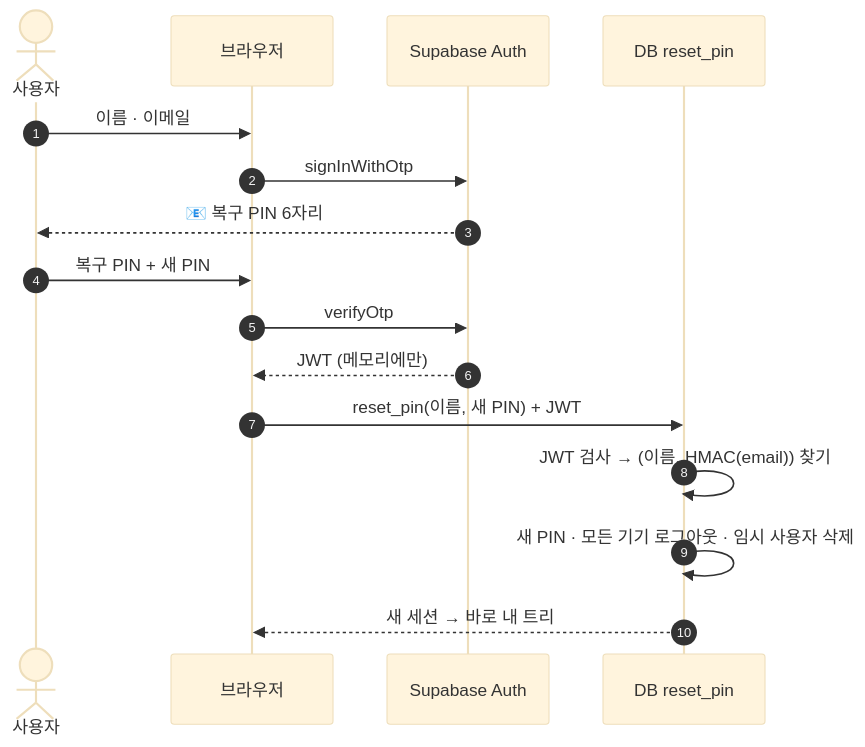
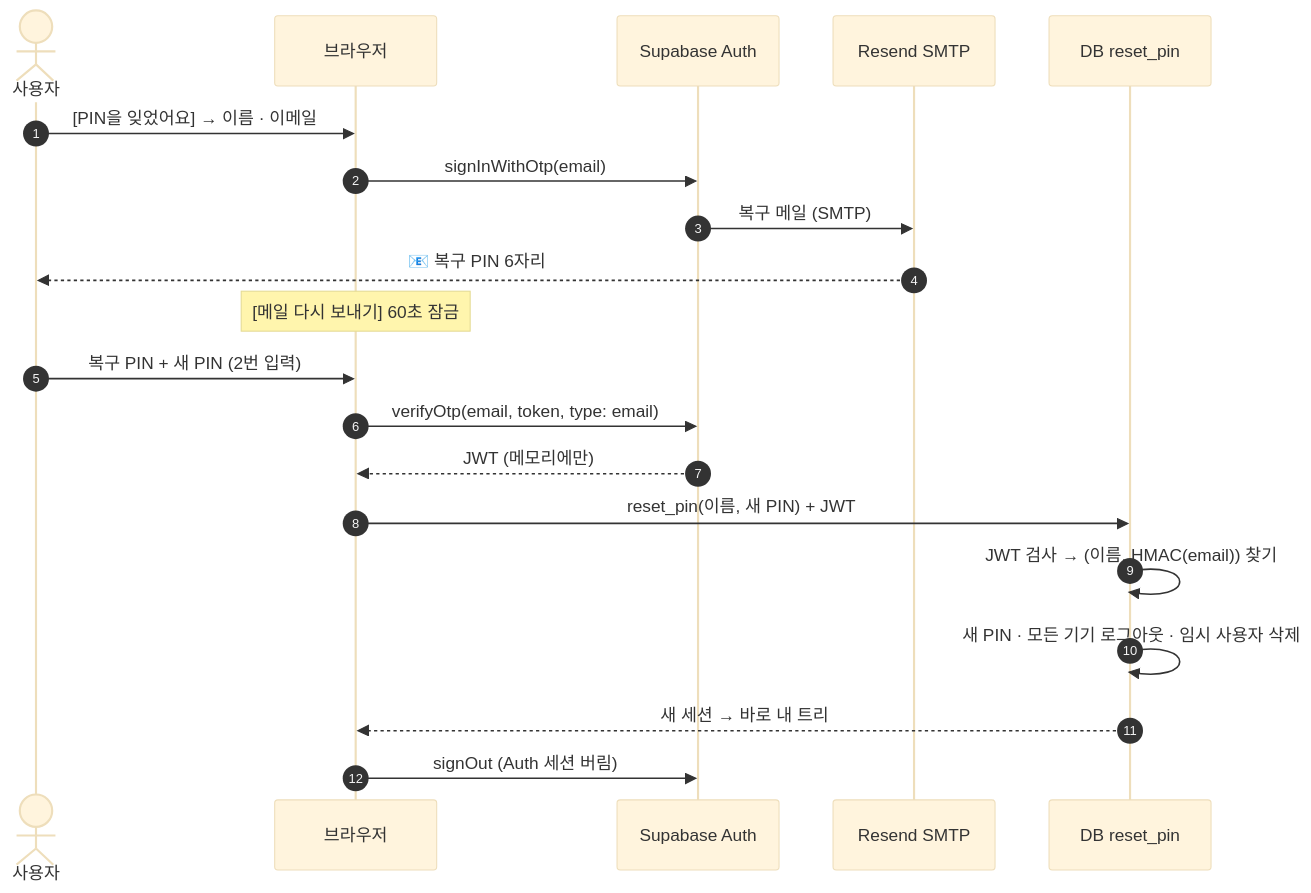
One commit to dae-won-kim/code-christmas-tree changed the third of 4 diagrams in README.md. Above: the diagram before and after it, drawn with Mermaid (base theme). The commit also changed other lines of this file and 6 other files, not shown here.

First line of the commit message:
docs: 자체 도메인(make-xmas-tree.com) · Resend SMTP 기준으로 문서 갱신

````diff
--- a/README.md
+++ b/README.md
@@ -199,18 +215,22 @@
 ```mermaid
 sequenceDiagram
   autonumber
   actor U as 사용자
   participant B as 브라우저
   participant A as Supabase Auth
+  participant R as Resend SMTP
   participant D as DB reset_pin
-  U->>B: 이름 · 이메일
-  B->>A: signInWithOtp
-  A-->>U: 📧 복구 PIN 6자리
-  U->>B: 복구 PIN + 새 PIN
-  B->>A: verifyOtp
+  U->>B: [PIN을 잊었어요] → 이름 · 이메일
+  B->>A: signInWithOtp(email)
+  A->>R: 복구 메일 (SMTP)
+  R-->>U: 📧 복구 PIN 6자리
+  Note over B: [메일 다시 보내기] 60초 잠금
+  U->>B: 복구 PIN + 새 PIN (2번 입력)
+  B->>A: verifyOtp(email, token, type: email)
   A-->>B: JWT (메모리에만)
   B->>D: reset_pin(이름, 새 PIN) + JWT
   D->>D: JWT 검사 → (이름, HMAC(email)) 찾기
   D->>D: 새 PIN · 모든 기기 로그아웃 · 임시 사용자 삭제
   D-->>B: 새 세션 → 바로 내 트리
+  B->>A: signOut (Auth 세션 버림)
 ```
````
